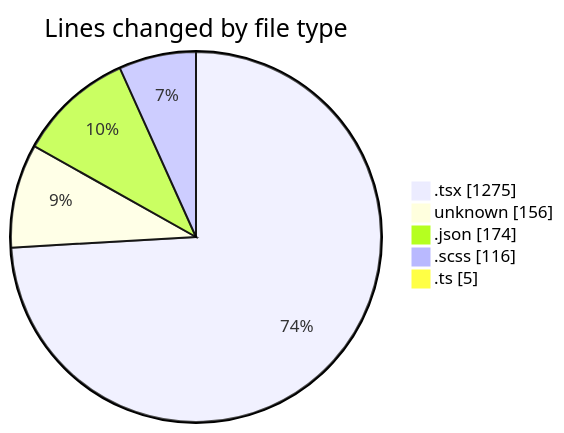
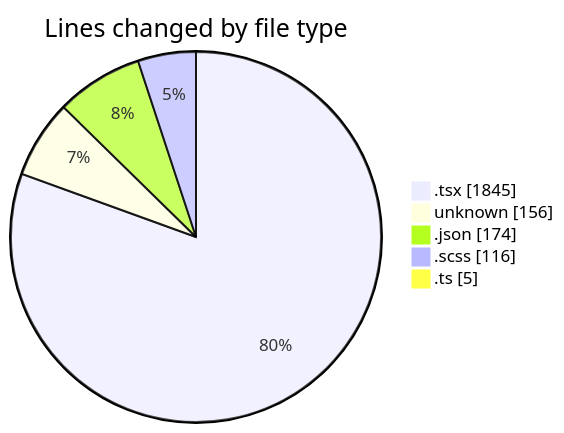
One commit to momahboobian/code-tracking changed the first of 2 diagrams in 2026-09-28/cda/README.md. Above: the diagram before and after it, drawn with Mermaid. The commit also changed other lines of this file and 1 other file, not shown here.

````diff
--- a/2026-09-28/cda/README.md
+++ b/2026-09-28/cda/README.md
@@ -30,9 +31,9 @@
 ```mermaid
 pie showData
 title Lines changed by file type
-".tsx" : 1275
+".tsx" : 1845
 "unknown" : 156
 ".json" : 174
 ".scss" : 116
 ".ts" : 5
 ```
````
